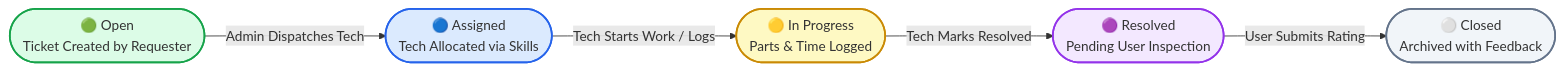
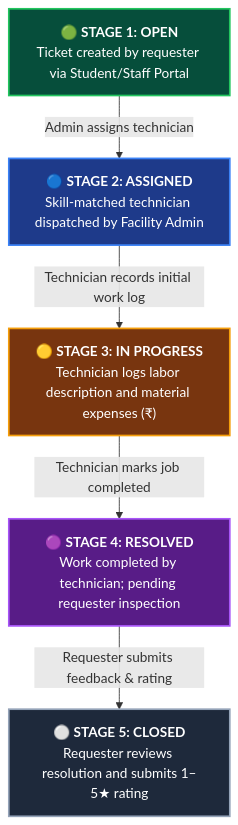
Before and after one commit to 2007-RPS/Campus-Facility-Maintenance: the second of 2 diagrams in README.md, drawn with Mermaid. The commit also changed other lines of this file, not shown here.

Commit message:
docs: optimize Mermaid diagram contrast for GitHub dark mode and add ASCII state progression

````diff
--- a/README.md
+++ b/README.md
@@ -97,13 +124,19 @@
 ```mermaid
-flowchart LR
-    A(["🟢 Open<br>Ticket Created by Requester"]) -->|Admin Dispatches Tech| B(["🔵 Assigned<br>Tech Allocated via Skills"])
-    B -->|Tech Starts Work / Logs| C(["🟡 In Progress<br>Parts & Time Logged"])
-    C -->|Tech Marks Resolved| D(["🟣 Resolved<br>Pending User Inspection"])
-    D -->|User Submits Rating| E(["⚪ Closed<br>Archived with Feedback"])
+flowchart TD
+    A["🟢 <b>STAGE 1: OPEN</b><br/>Ticket created by requester via Student/Staff Portal"]
+    B["🔵 <b>STAGE 2: ASSIGNED</b><br/>Skill-matched technician dispatched by Facility Admin"]
+    C["🟡 <b>STAGE 3: IN PROGRESS</b><br/>Technician logs labor description and material expenses (₹)"]
+    D["🟣 <b>STAGE 4: RESOLVED</b><br/>Work completed by technician; pending requester inspection"]
+    E["⚪ <b>STAGE 5: CLOSED</b><br/>Requester reviews resolution and submits 1–5★ rating"]
 
-    style A fill:#dcfce7,stroke:#16a34a,stroke-width:2px;
-    style B fill:#dbeafe,stroke:#2563eb,stroke-width:2px;
-    style C fill:#fef9c3,stroke:#ca8a04,stroke-width:2px;
-    style D fill:#f3e8ff,stroke:#9333ea,stroke-width:2px;
-    style E fill:#f1f5f9,stroke:#64748b,stroke-width:2px;
+    A -->|"Admin assigns technician"| B
+    B -->|"Technician records initial work log"| C
+    C -->|"Technician marks job completed"| D
+    D -->|"Requester submits feedback & rating"| E
+
+    style A fill:#064e3b,stroke:#22c55e,stroke-width:2px,color:#ffffff
+    style B fill:#1e3a8a,stroke:#3b82f6,stroke-width:2px,color:#ffffff
+    style C fill:#78350f,stroke:#f59e0b,stroke-width:2px,color:#ffffff
+    style D fill:#581c87,stroke:#a855f7,stroke-width:2px,color:#ffffff
+    style E fill:#1e293b,stroke:#94a3b8,stroke-width:2px,color:#ffffff
 ```
````
